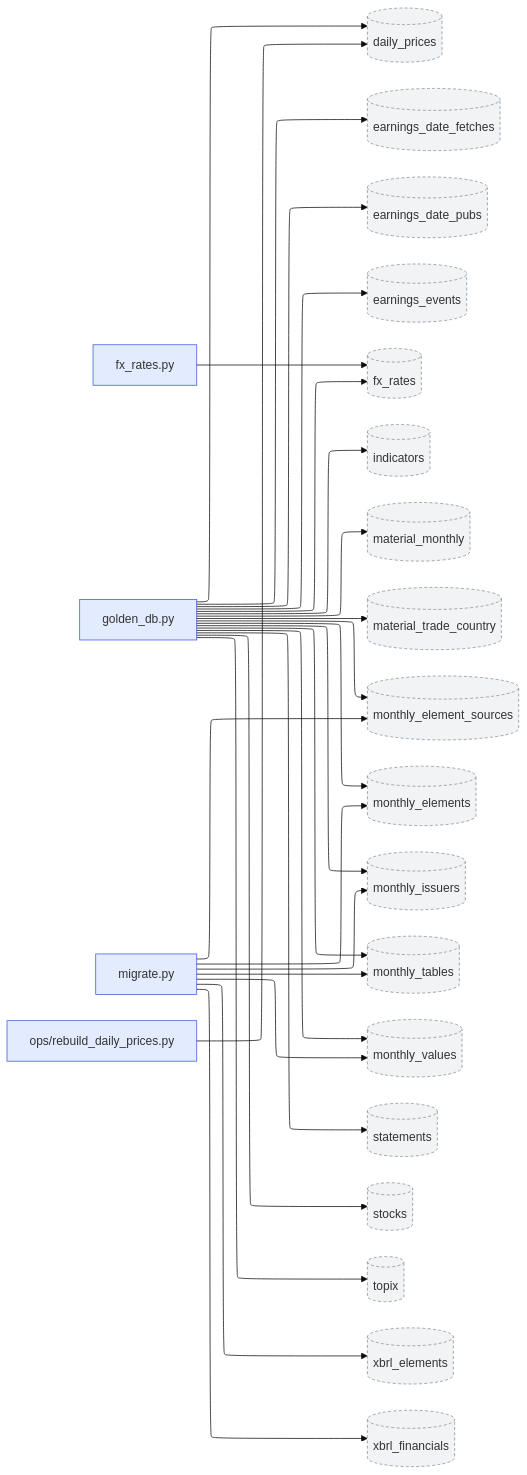
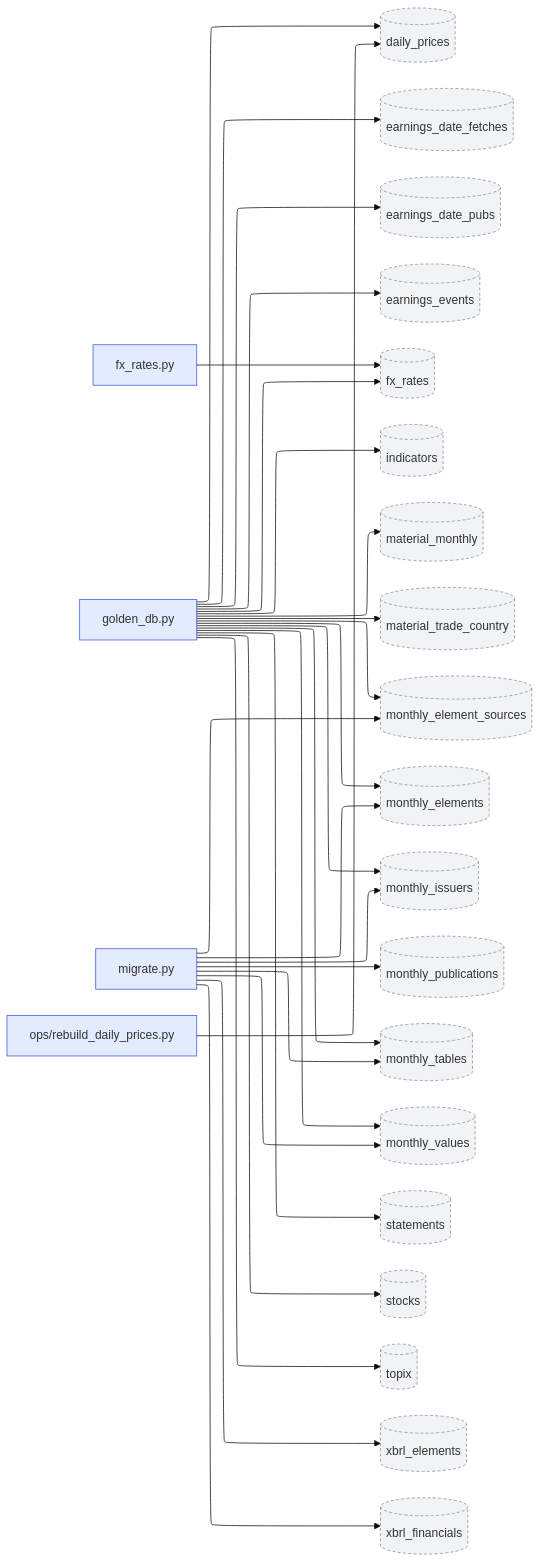
Before and after one commit to pekumirui/stock-analyzer: the diagram in docs/dataflow/common.md, drawn with Mermaid (base theme). The commit also changed other lines of this file and 38 other files, not shown here.

````diff
--- a/docs/dataflow/common.md
+++ b/docs/dataflow/common.md
@@ -9,58 +9,60 @@
 ```mermaid
 ---
 config:
   layout: elk
 ---
 flowchart LR
   n0["fx_rates.py"]:::job
   n1["golden_db.py"]:::job
   n2["migrate.py"]:::job
   n3["ops/rebuild_daily_prices.py"]:::job
   n4[("daily_prices")]:::ext
   n5[("earnings_date_fetches")]:::ext
   n6[("earnings_date_pubs")]:::ext
   n7[("earnings_events")]:::ext
   n8[("fx_rates")]:::ext
   n9[("indicators")]:::ext
   n10[("material_monthly")]:::ext
   n11[("material_trade_country")]:::ext
   n12[("monthly_element_sources")]:::ext
   n13[("monthly_elements")]:::ext
   n14[("monthly_issuers")]:::ext
-  n15[("monthly_tables")]:::ext
-  n16[("monthly_values")]:::ext
-  n17[("statements")]:::ext
-  n18[("stocks")]:::ext
-  n19[("topix")]:::ext
-  n20[("xbrl_elements")]:::ext
-  n21[("xbrl_financials")]:::ext
+  n15[("monthly_publications")]:::ext
+  n16[("monthly_tables")]:::ext
+  n17[("monthly_values")]:::ext
+  n18[("statements")]:::ext
+  n19[("stocks")]:::ext
+  n20[("topix")]:::ext
+  n21[("xbrl_elements")]:::ext
+  n22[("xbrl_financials")]:::ext
   n0 --> n8
   n1 --> n4
   n1 --> n5
   n1 --> n6
   n1 --> n7
   n1 --> n8
   n1 --> n9
   n1 --> n10
   n1 --> n11
   n1 --> n12
   n1 --> n13
   n1 --> n14
-  n1 --> n15
   n1 --> n16
   n1 --> n17
   n1 --> n18
   n1 --> n19
+  n1 --> n20
   n2 --> n12
   n2 --> n13
   n2 --> n14
   n2 --> n15
   n2 --> n16
-  n2 --> n20
+  n2 --> n17
   n2 --> n21
+  n2 --> n22
   n3 --> n4
   classDef job fill:#e3ecff,stroke:#3b5bdb
   classDef api fill:#e6f7ec,stroke:#2b8a3e
   classDef tbl fill:#fff4e0,stroke:#e8590c
   classDef ext fill:#f1f3f5,stroke:#868e96,stroke-dasharray:4 3
 ```
````
